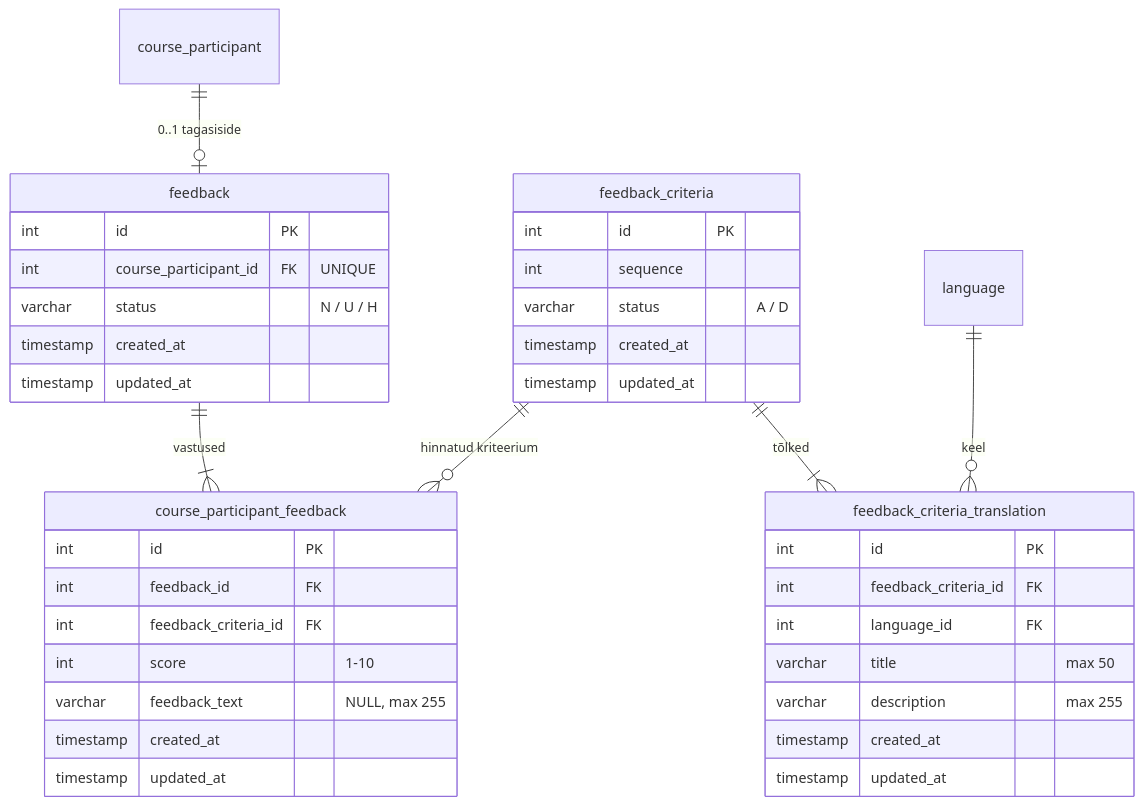
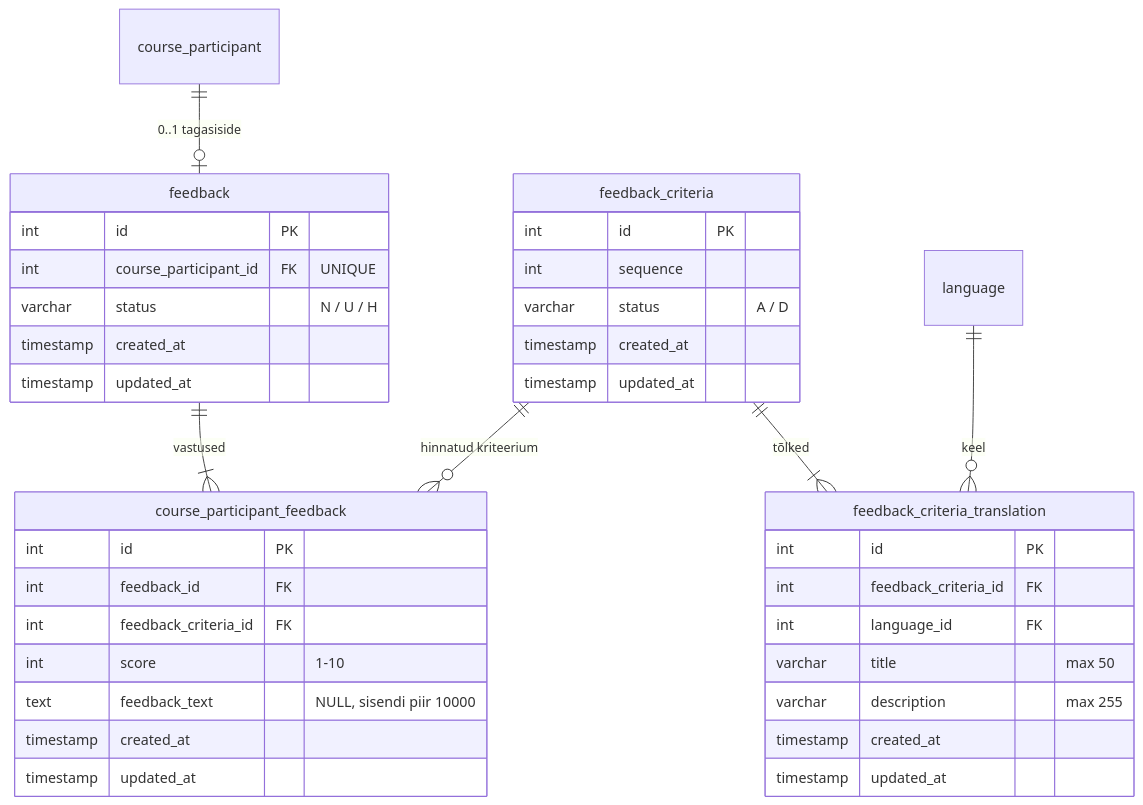
Before and after one commit to FredLehing/bcs-koolitused: the second of 6 diagrams in docs/mock-wireframe/loo-mock-vaade/participant-feedback-form-view/participant-feedback-form-view-skeemid.md, drawn with Mermaid. The commit also changed other lines of this file and 79 other files, not shown here.

````diff
--- a/docs/mock-wireframe/loo-mock-vaade/participant-feedback-form-view/participant-feedback-form-view-skeemid.md
+++ b/docs/mock-wireframe/loo-mock-vaade/participant-feedback-form-view/participant-feedback-form-view-skeemid.md
@@ -339,41 +339,41 @@
 ```mermaid
 erDiagram
     course_participant ||--o| feedback : "0..1 tagasiside"
     feedback ||--|{ course_participant_feedback : "vastused"
     feedback_criteria ||--o{ course_participant_feedback : "hinnatud kriteerium"
     feedback_criteria ||--|{ feedback_criteria_translation : "tõlked"
     language ||--o{ feedback_criteria_translation : "keel"
 
     feedback {
         int id PK
         int course_participant_id FK "UNIQUE"
         varchar status "N / U / H"
         timestamp created_at
         timestamp updated_at
     }
     course_participant_feedback {
         int id PK
         int feedback_id FK
         int feedback_criteria_id FK
         int score "1-10"
-        varchar feedback_text "NULL, max 255"
+        text feedback_text "NULL, sisendi piir 10000"
         timestamp created_at
         timestamp updated_at
     }
     feedback_criteria {
         int id PK
         int sequence
         varchar status "A / D"
         timestamp created_at
         timestamp updated_at
     }
     feedback_criteria_translation {
         int id PK
         int feedback_criteria_id FK
         int language_id FK
         varchar title "max 50"
         varchar description "max 255"
         timestamp created_at
         timestamp updated_at
     }
 ```
````
